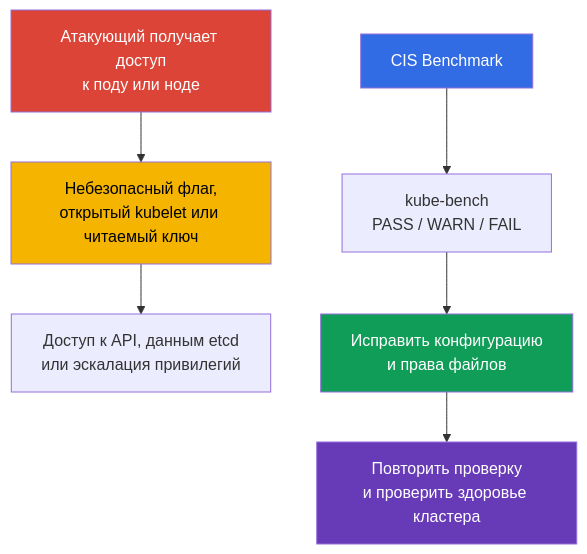
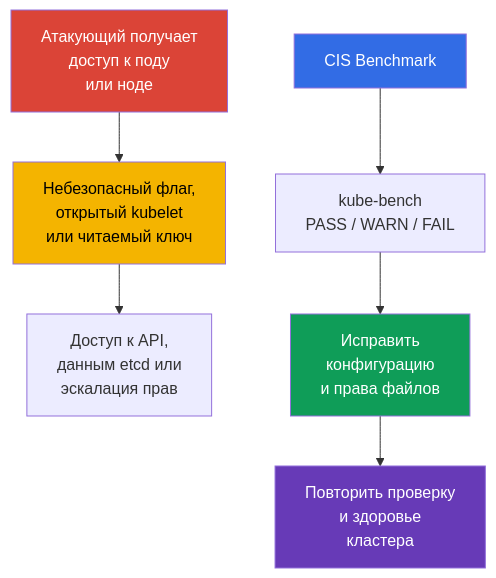
Before and after one commit to ViktorUJ/cks: the first of 2 diagrams in tasks/cks/course/07/ru.md, drawn with Mermaid. The commit also changed other lines of this file and 6 other files, not shown here.

````diff
--- a/tasks/cks/course/07/ru.md
+++ b/tasks/cks/course/07/ru.md
@@ -23,13 +23,13 @@
 ```mermaid
 flowchart TB
-    attacker["Атакующий получает доступ<br/>к поду или ноде"] --> weak["Небезопасный флаг,<br/>открытый kubelet или читаемый ключ"]
-    weak --> impact["Доступ к API, данным etcd<br/>или эскалация привилегий"]
+    attacker["Атакующий получает<br/>доступ к поду<br/>или ноде"] --> weak["Небезопасный флаг,<br/>открытый kubelet<br/>или читаемый ключ"]
+    weak --> impact["Доступ к API,<br/>данным etcd или<br/>эскалация прав"]
     cis["CIS Benchmark"] --> bench["kube-bench<br/>PASS / WARN / FAIL"]
-    bench --> fix["Исправить конфигурацию<br/>и права файлов"]
-    fix --> verify["Повторить проверку<br/>и проверить здоровье кластера"]
+    bench --> fix["Исправить<br/>конфигурацию<br/>и права файлов"]
+    fix --> verify["Повторить проверку<br/>и здоровье<br/>кластера"]
     style attacker fill:#db4437,color:#fff
     style weak fill:#f4b400,color:#000
     style cis fill:#326ce5,color:#fff
     style fix fill:#0f9d58,color:#fff
     style verify fill:#673ab7,color:#fff
 ```
````
